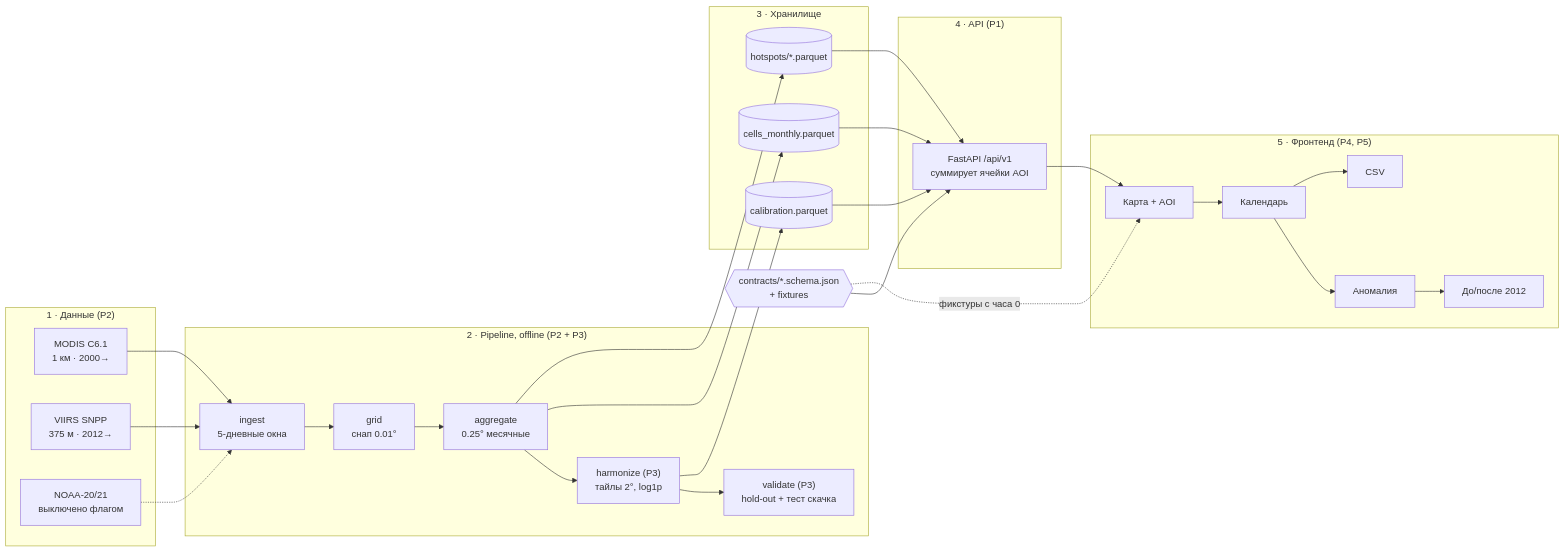
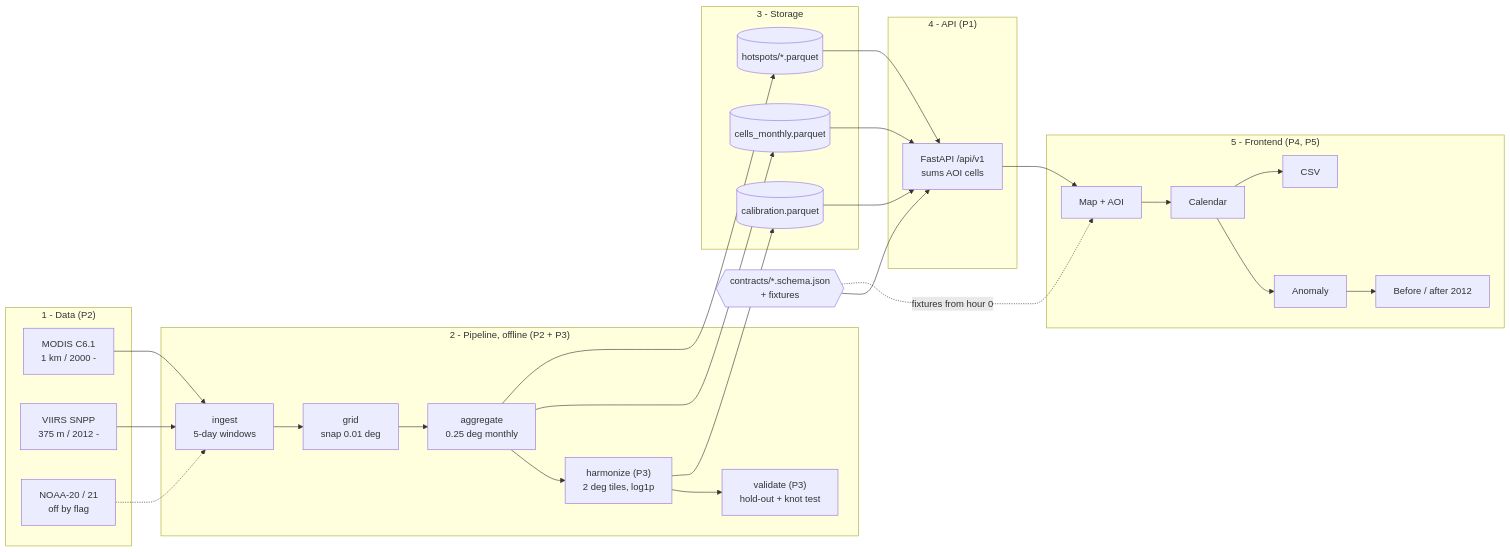
The diagram in docs/architecture.md (VakuumJava/FireBros), drawn with Mermaid before and after one commit. The commit also changed other lines of this file and 1 other file, not shown here.

Commit message:
docs(architecture): rebuild diagram in English ASCII, fix mojibake

````diff
--- a/docs/architecture.md
+++ b/docs/architecture.md
@@ -20,47 +20,47 @@
 ```mermaid
 flowchart LR
-  subgraph SRC["1 · Данные (P2)"]
-    M["MODIS C6.1<br/>1 км · 2000→"]
-    V["VIIRS SNPP<br/>375 м · 2012→"]
-    N["NOAA-20/21<br/>выключено флагом"]
+  subgraph SRC["1 - Data (P2)"]
+    M["MODIS C6.1<br/>1 km / 2000 -"]
+    V["VIIRS SNPP<br/>375 m / 2012 -"]
+    N["NOAA-20 / 21<br/>off by flag"]
   end
 
-  subgraph PIPE["2 · Pipeline, offline (P2 + P3)"]
-    I["ingest<br/>5-дневные окна"] --> G["grid<br/>снап 0.01°"]
-    G --> A["aggregate<br/>0.25° месячные"]
-    A --> H["harmonize (P3)<br/>тайлы 2°, log1p"]
-    H --> VA["validate (P3)<br/>hold-out + тест скачка"]
+  subgraph PIPE["2 - Pipeline, offline (P2 + P3)"]
+    I["ingest<br/>5-day windows"] --> G["grid<br/>snap 0.01 deg"]
+    G --> A["aggregate<br/>0.25 deg monthly"]
+    A --> H["harmonize (P3)<br/>2 deg tiles, log1p"]
+    H --> VA["validate (P3)<br/>hold-out + knot test"]
   end
 
-  subgraph ST["3 · Хранилище"]
+  subgraph ST["3 - Storage"]
     C1[("cells_monthly.parquet")]
     C2[("calibration.parquet")]
     C3[("hotspots/*.parquet")]
   end
 
-  subgraph API["4 · API (P1)"]
-    F["FastAPI /api/v1<br/>суммирует ячейки AOI"]
+  subgraph API["4 - API (P1)"]
+    F["FastAPI /api/v1<br/>sums AOI cells"]
   end
 
-  subgraph FE["5 · Фронтенд (P4, P5)"]
-    MAP["Карта + AOI"] --> CAL["Календарь"]
-    CAL --> ANOM["Аномалия"]
-    ANOM --> CH["До/после 2012"]
+  subgraph FE["5 - Frontend (P4, P5)"]
+    MAP["Map + AOI"] --> CAL["Calendar"]
+    CAL --> ANOM["Anomaly"]
+    ANOM --> CH["Before / after 2012"]
     CAL --> CSV["CSV"]
   end
 
   CT{{"contracts/*.schema.json<br/>+ fixtures"}}
 
   M --> I
   V --> I
   N -.-> I
   A --> C1
   A --> C3
   H --> C2
   C1 --> F
   C2 --> F
   C3 --> F
   CT --> F
-  CT -.->|"фикстуры с часа 0"| MAP
+  CT -.->|"fixtures from hour 0"| MAP
   F --> MAP
 ```
````
